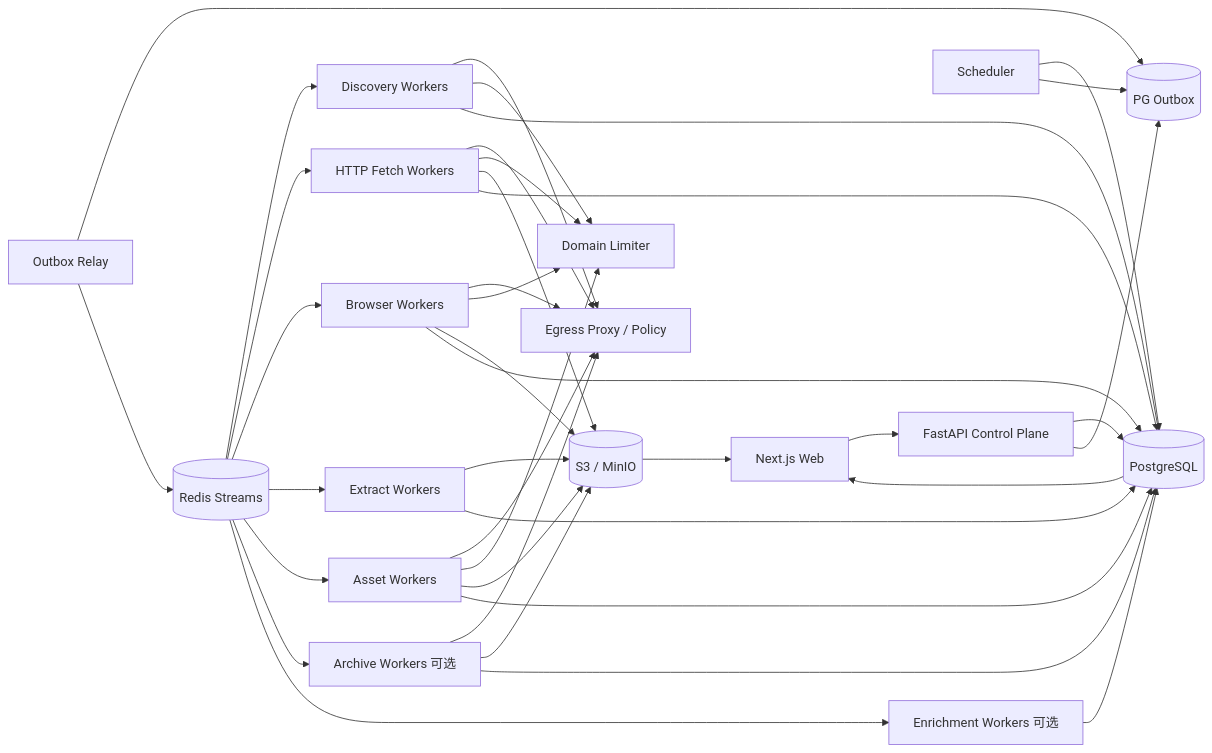
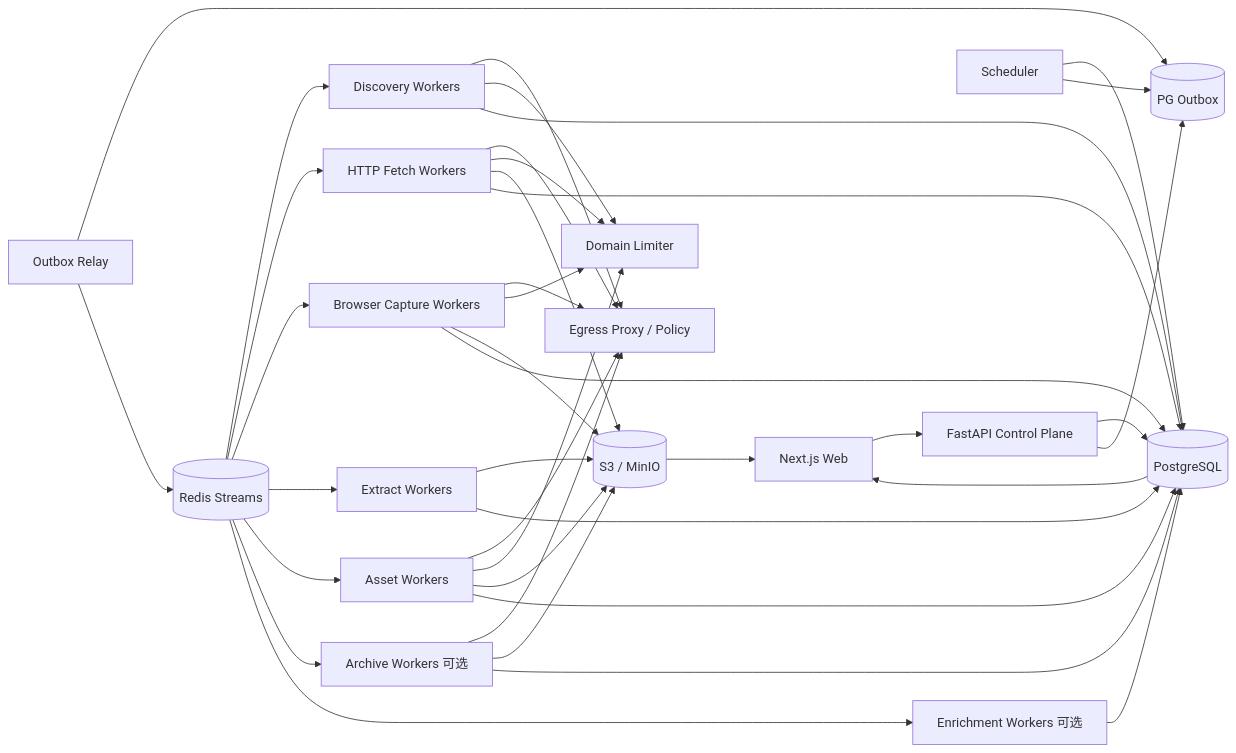
Before and after one commit to WorkerXu/my-doc: the diagram in 博客知识库技术方案.md, drawn with Mermaid. The commit also changed other lines of this file, not shown here.

Commit message:
docs: finalize scalable blog knowledge base architecture

````diff
--- a/博客知识库技术方案.md
+++ b/博客知识库技术方案.md
@@ -58,47 +62,47 @@
 ```mermaid
 flowchart LR
     UI[Next.js Web] --> API[FastAPI Control Plane]
     API --> PG[(PostgreSQL)]
-    API --> OUTBOX[(PG Outbox)]
+    API --> OUT[(PG Outbox)]
 
     SCHED[Scheduler] --> PG
-    SCHED --> OUTBOX
-    RELAY[Outbox Relay] --> OUTBOX
+    SCHED --> OUT
+    RELAY[Outbox Relay] --> OUT
     RELAY --> REDIS[(Redis Streams)]
 
     REDIS --> DISC[Discovery Workers]
     REDIS --> HF[HTTP Fetch Workers]
-    REDIS --> BF[Browser Workers]
+    REDIS --> BF[Browser Capture Workers]
     REDIS --> EX[Extract Workers]
     REDIS --> ASSET[Asset Workers]
     REDIS --> ARCH[Archive Workers 可选]
     REDIS --> EN[Enrichment Workers 可选]
 
     DISC --> EGRESS[Egress Proxy / Policy]
     HF --> EGRESS
     BF --> EGRESS
     ASSET --> EGRESS
     ARCH --> EGRESS
 
-    HF --> LIMIT[Domain Limiter]
+    DISC --> LIMIT[Domain Limiter]
+    HF --> LIMIT
     BF --> LIMIT
-    DISC --> LIMIT
     ASSET --> LIMIT
 
     HF --> S3[(S3 / MinIO)]
     BF --> S3
     EX --> S3
     ASSET --> S3
     ARCH --> S3
 
     DISC --> PG
     HF --> PG
     BF --> PG
     EX --> PG
     ASSET --> PG
     ARCH --> PG
     EN --> PG
 
     PG --> UI
     S3 --> UI
 ```
````
